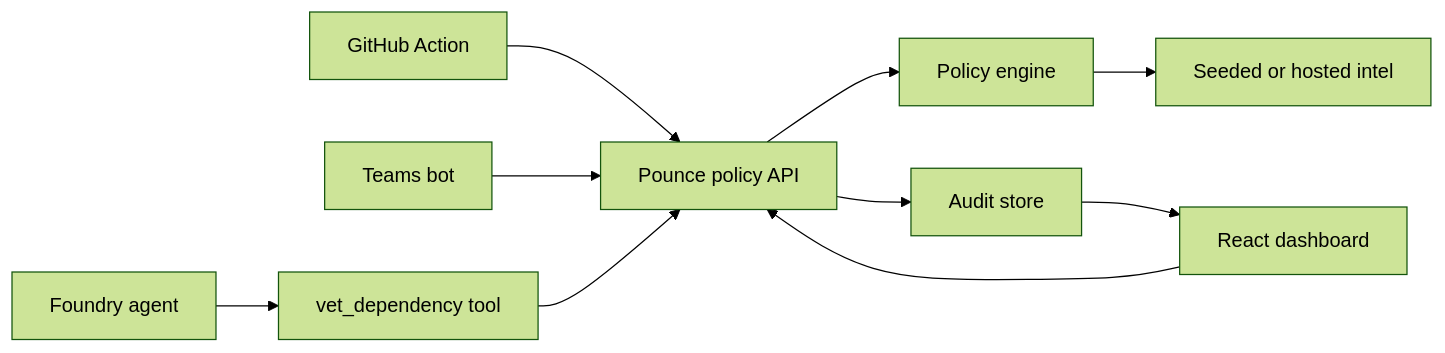
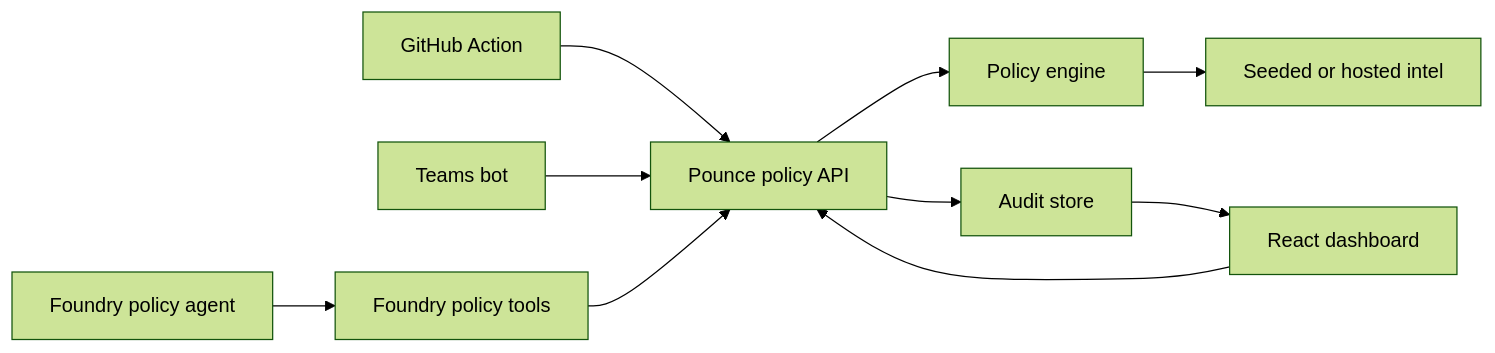
One commit to therajsharma/Pounce-MSFT changed the diagram in docs/architecture.md. Above: the diagram before and after it, drawn with Mermaid (forest theme). The commit also changed other lines of this file and 27 other files, not shown here.

Commit message:
Implement Foundry policy agent surfaces

````diff
--- a/docs/architecture.md
+++ b/docs/architecture.md
@@ -16,12 +16,12 @@
 ```mermaid
 flowchart LR
-  Agent["Foundry agent"] --> Tool["vet_dependency tool"]
+  Agent["Foundry policy agent"] --> Tool["Foundry policy tools"]
   GitHub["GitHub Action"] --> API["Pounce policy API"]
   Teams["Teams bot"] --> API
   Dashboard["React dashboard"] --> API
   Tool --> API
   API --> Policy["Policy engine"]
   Policy --> Intel["Seeded or hosted intel"]
   API --> Audit["Audit store"]
   Audit --> Dashboard
 ```
````
